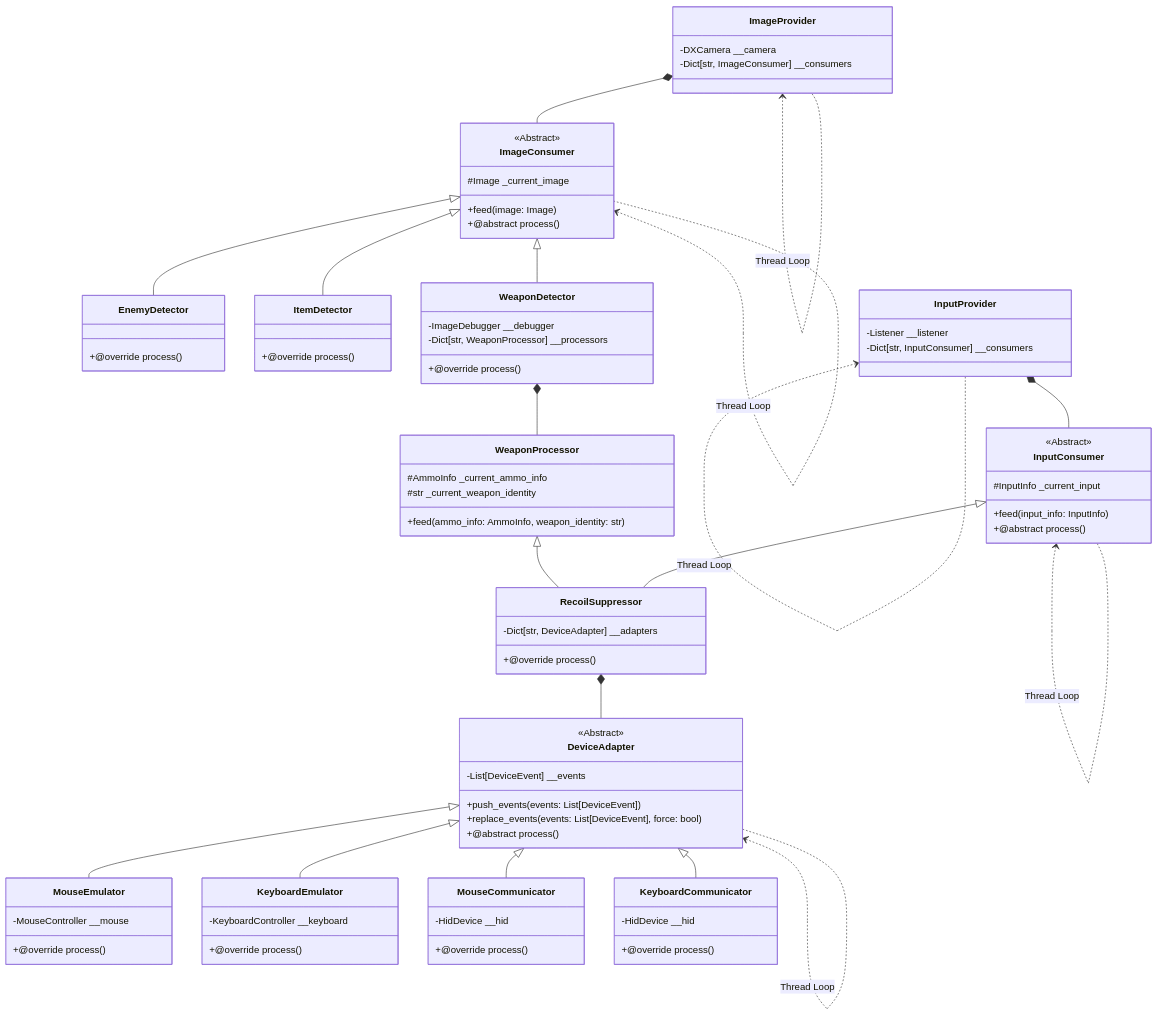
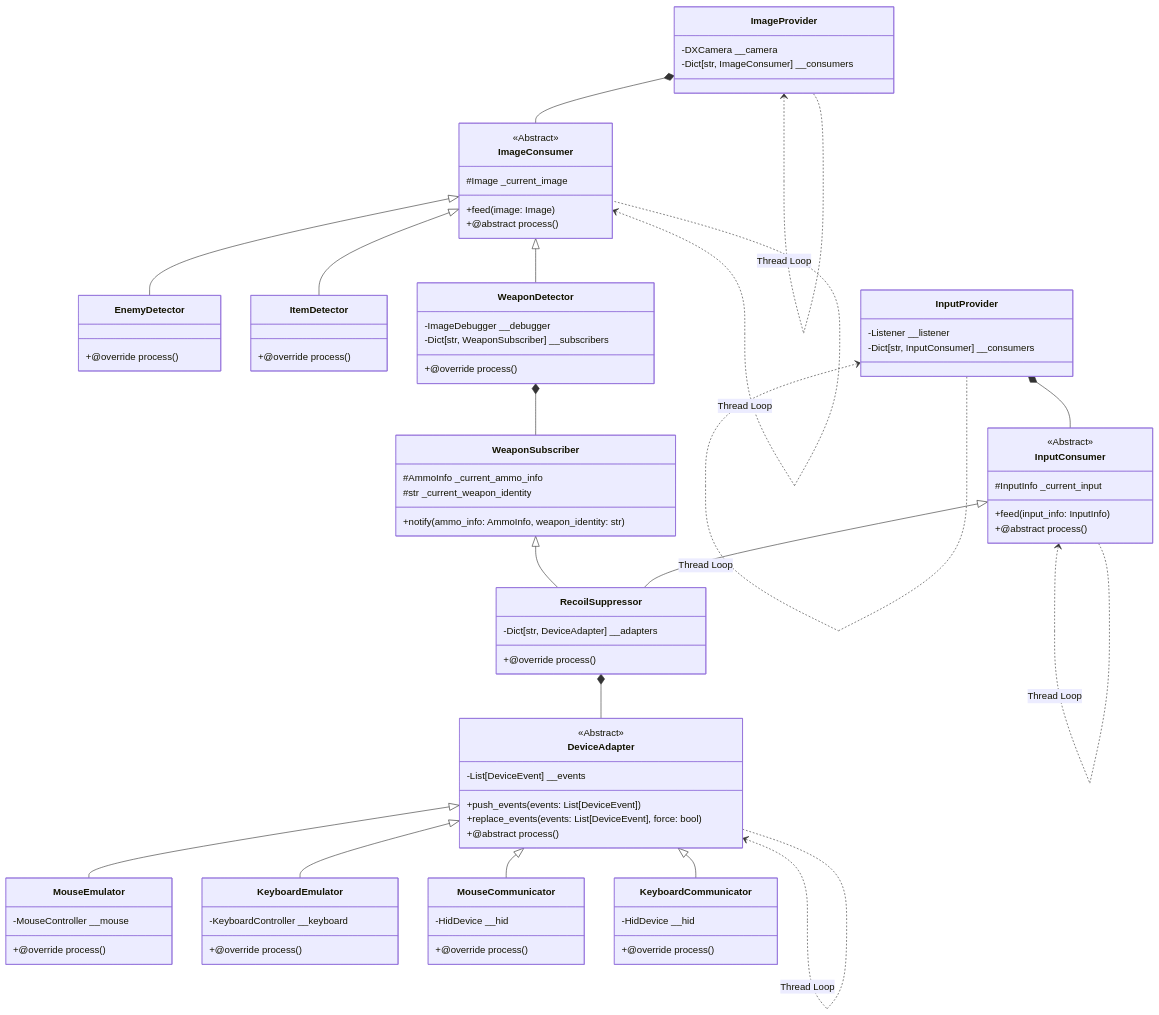
Before and after one commit to STEA-TEAM/apex_helper: the diagram in wiki/SystemDesign.md, drawn with Mermaid. The commit also changed 2 other files, not shown here.

Commit message:
- Update names

```diff
--- a/wiki/SystemDesign.md
+++ b/wiki/SystemDesign.md
@@ -24,18 +24,18 @@
     }
     class WeaponDetector {
         -ImageDebugger __debugger
-        -Dict[str, WeaponProcessor] __processors
+        -Dict[str, WeaponSubscriber] __subscribers
         +@override process()
     }
     ImageConsumer <|-- EnemyDetector
     ImageConsumer <|-- ItemDetector
     ImageConsumer <|-- WeaponDetector
-    class WeaponProcessor {
+    class WeaponSubscriber {
         #AmmoInfo _current_ammo_info
         #str _current_weapon_identity
-        +feed(ammo_info: AmmoInfo, weapon_identity: str)
+        +notify(ammo_info: AmmoInfo, weapon_identity: str)
     }
-    WeaponDetector *-- WeaponProcessor
+    WeaponDetector *-- WeaponSubscriber
 
     class InputProvider {
         -Listener __listener
@@ -55,7 +55,7 @@
         -Dict[str, DeviceAdapter] __adapters
         +@override process()
     }
-    WeaponProcessor <|-- RecoilSuppressor
+    WeaponSubscriber <|-- RecoilSuppressor
     InputConsumer <|-- RecoilSuppressor
     class DeviceAdapter {
         <<Abstract>>
```
